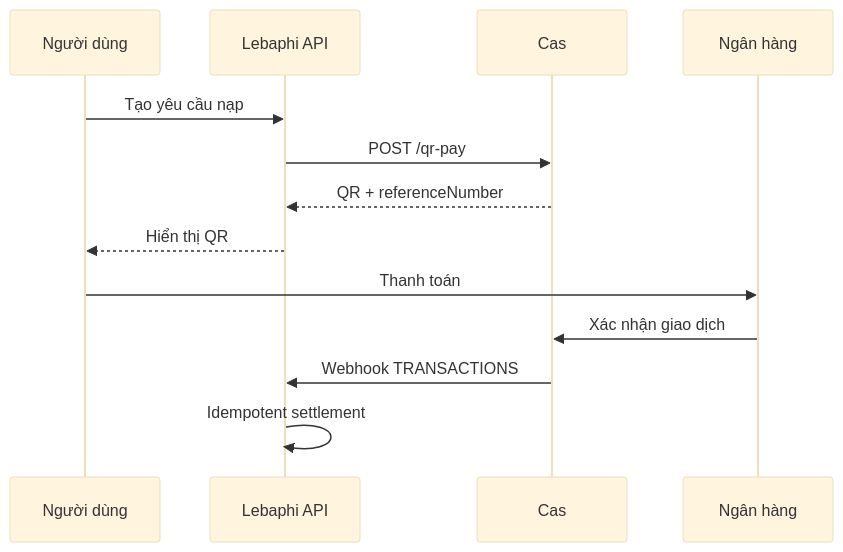
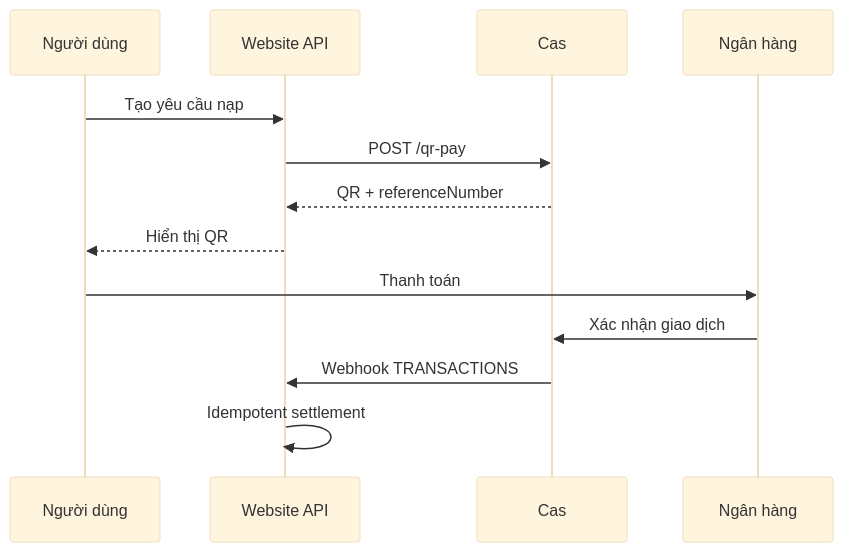
The diagram in docs/02-nen-tang-ly-thuyet.md (phi140307/cas), drawn with Mermaid (base theme) before and after one commit. The commit also changed 10 other files, not shown here.

````diff
--- a/docs/02-nen-tang-ly-thuyet.md
+++ b/docs/02-nen-tang-ly-thuyet.md
@@ -25,15 +25,15 @@
 ```mermaid
 sequenceDiagram
   participant U as Người dùng
-  participant A as Lebaphi API
+  participant A as Website API
   participant C as Cas
   participant B as Ngân hàng
   U->>A: Tạo yêu cầu nạp
   A->>C: POST /qr-pay
   C-->>A: QR + referenceNumber
   A-->>U: Hiển thị QR
   U->>B: Thanh toán
   B->>C: Xác nhận giao dịch
   C->>A: Webhook TRANSACTIONS
   A->>A: Idempotent settlement
 ```
````
